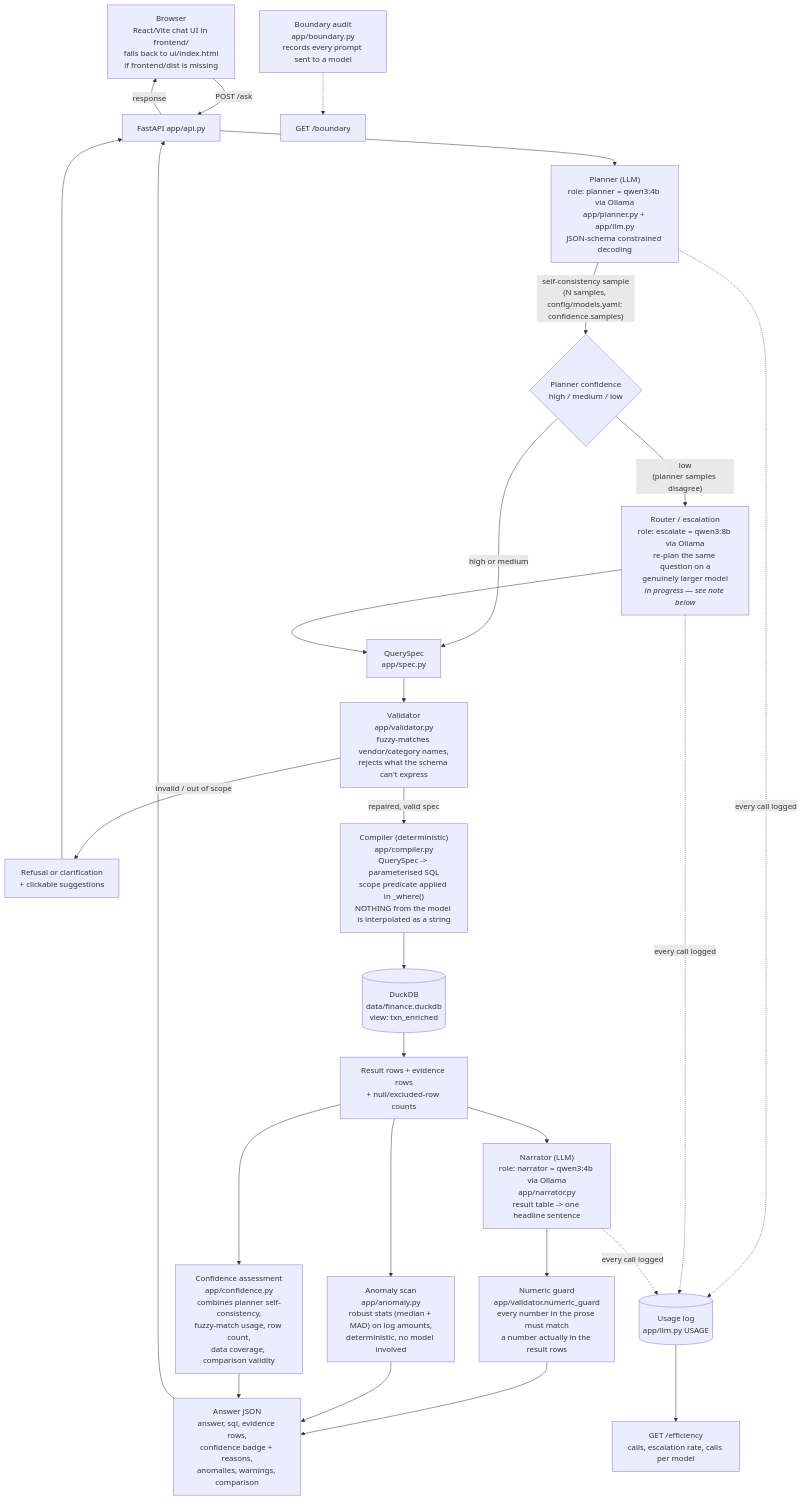
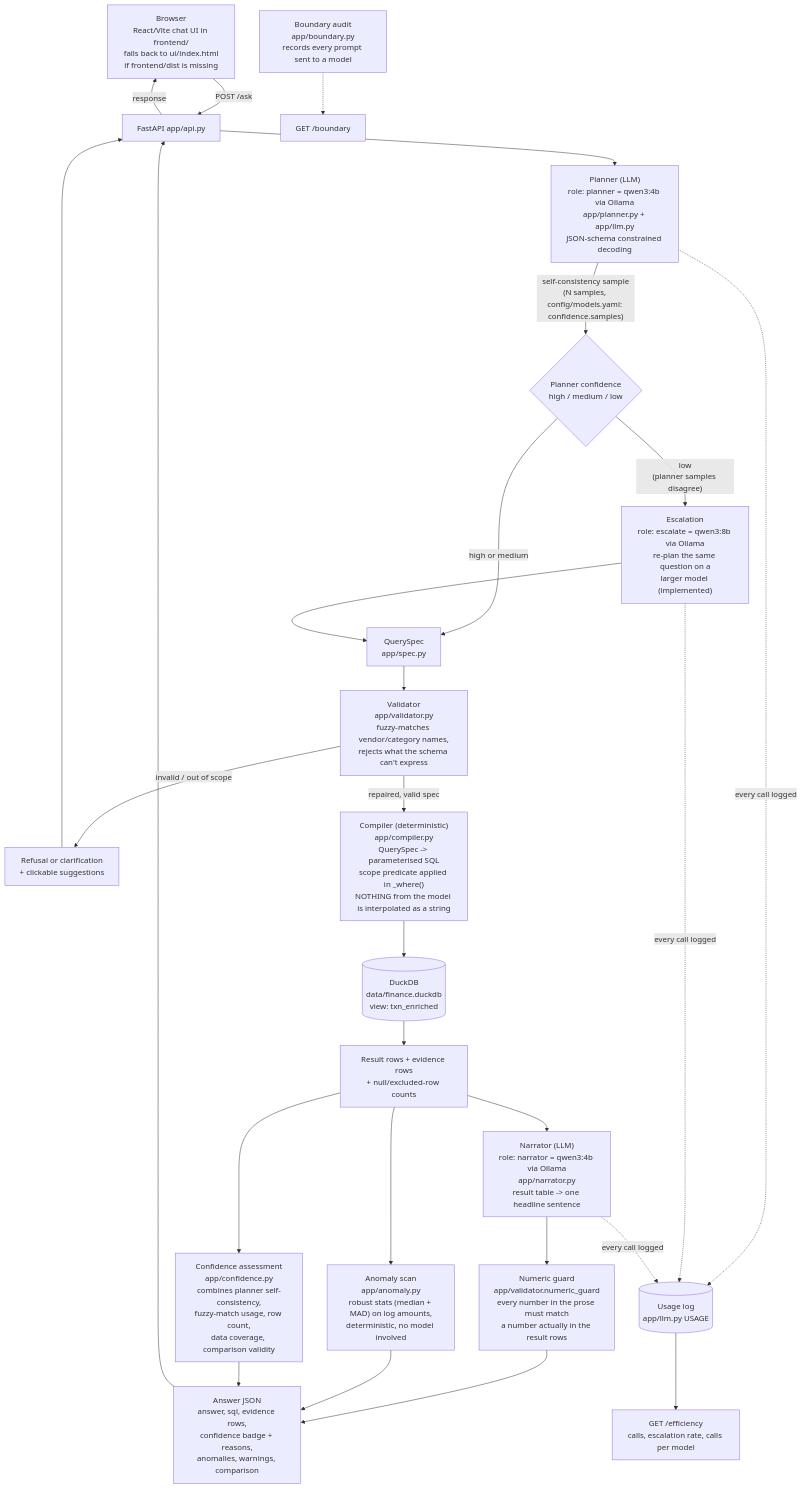
The first of 3 diagrams in docs/architecture.md (Aahan215/ByteRideFinanceAssistant), drawn with Mermaid before and after one commit. The commit also changed other lines of this file, not shown here.

First line of the commit message:
[docs] architecture.md: escalation tier is implemented, not "in progress"

````diff
--- a/docs/architecture.md
+++ b/docs/architecture.md
@@ -19,40 +19,40 @@
 ```mermaid
 flowchart TD
     U[Browser<br/>React/Vite chat UI in frontend/<br/>falls back to ui/index.html<br/>if frontend/dist is missing] -->|POST /ask| API[FastAPI app/api.py]
 
     API --> PLANNER["Planner (LLM)<br/>role: planner = qwen3:4b via Ollama<br/>app/planner.py + app/llm.py<br/>JSON-schema constrained decoding"]
 
     PLANNER -->|"self-consistency sample<br/>(N samples, config/models.yaml: confidence.samples)"| CONF{Planner confidence<br/>high / medium / low}
 
     CONF -->|high or medium| SPEC[QuerySpec<br/>app/spec.py]
-    CONF -->|"low<br/>(planner samples disagree)"| ESCALATE["Router / escalation<br/>role: escalate = qwen3:8b via Ollama<br/>re-plan the same question on a<br/>genuinely larger model<br/><i>in progress — see note below</i>"]
+    CONF -->|"low<br/>(planner samples disagree)"| ESCALATE["Escalation<br/>role: escalate = qwen3:8b via Ollama<br/>re-plan the same question on a<br/>larger model (implemented)"]
     ESCALATE --> SPEC
 
     SPEC --> VALIDATOR["Validator<br/>app/validator.py<br/>fuzzy-matches vendor/category names,<br/>rejects what the schema can't express"]
     VALIDATOR -->|invalid / out of scope| REFUSE["Refusal or clarification<br/>+ clickable suggestions"]
     REFUSE --> API
 
     VALIDATOR -->|repaired, valid spec| COMPILER["Compiler (deterministic)<br/>app/compiler.py<br/>QuerySpec -> parameterised SQL<br/>scope predicate applied in _where()<br/>NOTHING from the model is interpolated as a string"]
 
     COMPILER --> DUCKDB[(DuckDB<br/>data/finance.duckdb<br/>view: txn_enriched)]
     DUCKDB --> RESULT[Result rows + evidence rows<br/>+ null/excluded-row counts]
 
     RESULT --> NARRATOR["Narrator (LLM)<br/>role: narrator = qwen3:4b via Ollama<br/>app/narrator.py<br/>result table -> one headline sentence"]
     NARRATOR --> GUARD["Numeric guard<br/>app/validator.numeric_guard<br/>every number in the prose must match<br/>a number actually in the result rows"]
 
     RESULT --> ANOMALY["Anomaly scan<br/>app/anomaly.py<br/>robust stats (median + MAD) on log amounts,<br/>deterministic, no model involved"]
     RESULT --> CONFIDENCE["Confidence assessment<br/>app/confidence.py<br/>combines planner self-consistency,<br/>fuzzy-match usage, row count,<br/>data coverage, comparison validity"]
 
     GUARD --> ANSWER["Answer JSON<br/>answer, sql, evidence rows,<br/>confidence badge + reasons,<br/>anomalies, warnings, comparison"]
     ANOMALY --> ANSWER
     CONFIDENCE --> ANSWER
     ANSWER --> API
     API -->|response| U
 
     PLANNER -.->|every call logged| USAGE[(Usage log<br/>app/llm.py USAGE)]
     ESCALATE -.->|every call logged| USAGE
     NARRATOR -.->|every call logged| USAGE
     USAGE --> EFF[GET /efficiency<br/>calls, escalation rate, calls per model]
 
     BOUNDARY["Boundary audit<br/>app/boundary.py<br/>records every prompt sent to a model"] -.-> AUDIT[GET /boundary]
 ```
````
